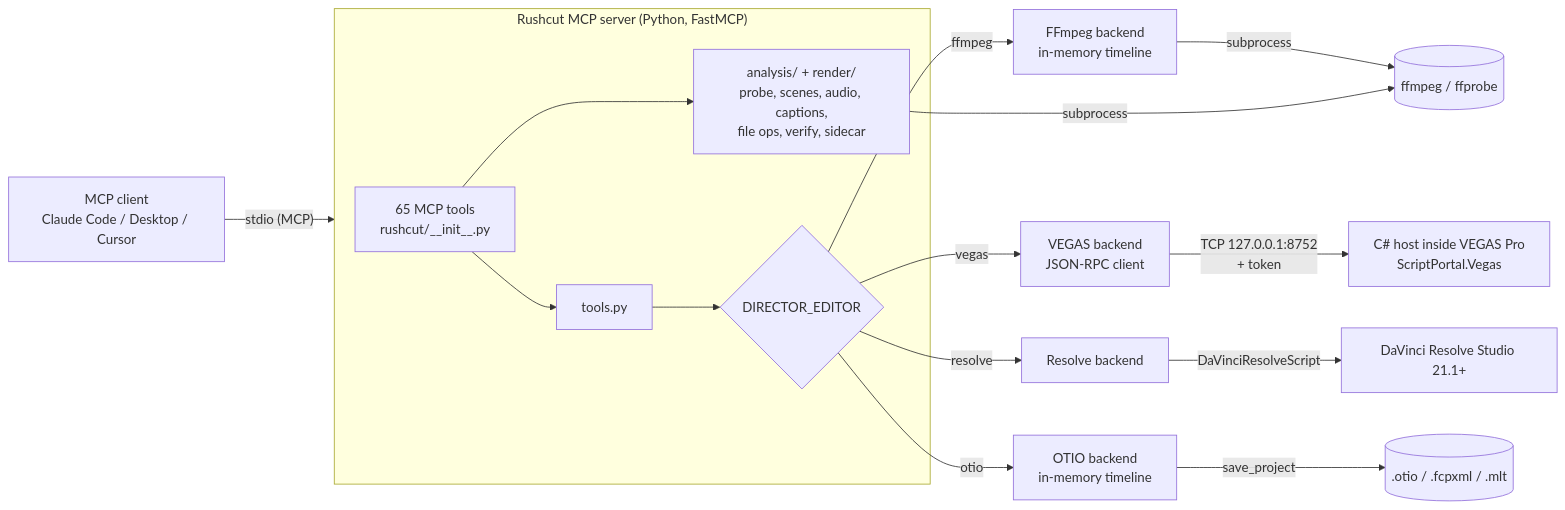
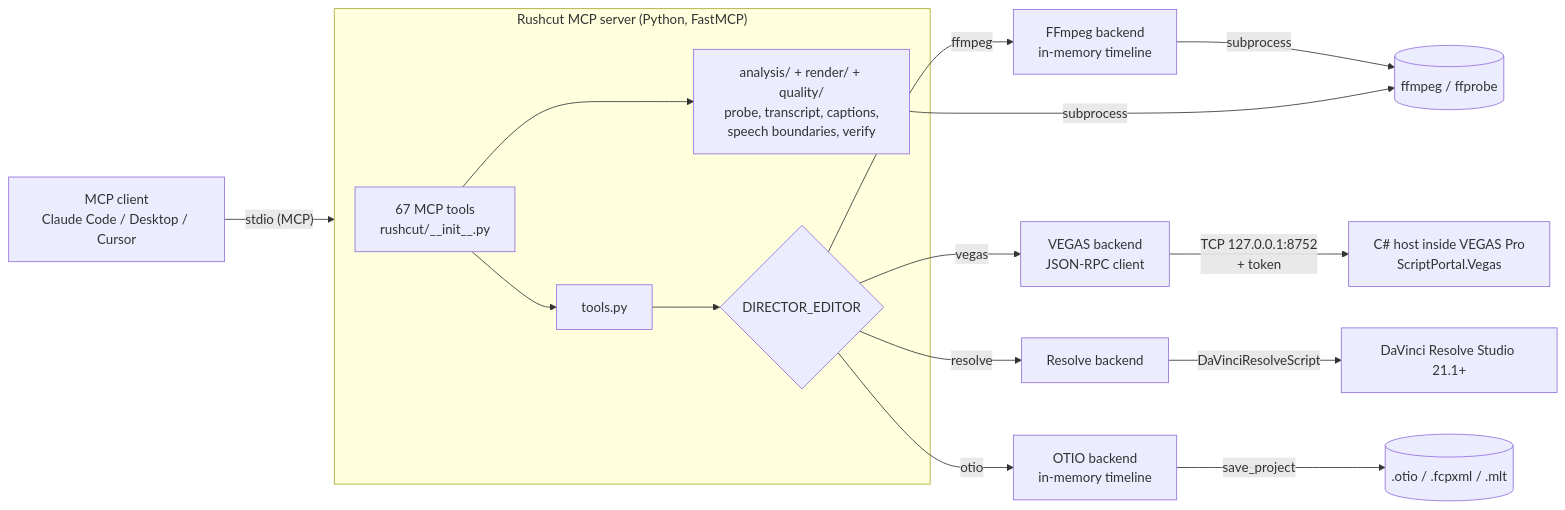
One commit to RFingAdam/rushcut changed the diagram in README.md. Above: the diagram before and after it, drawn with Mermaid. The commit also changed other lines of this file and 24 other files, not shown here.

````diff
--- a/README.md
+++ b/README.md
@@ -221,21 +319,21 @@
 ```mermaid
 flowchart LR
     client["MCP client<br/>Claude Code / Desktop / Cursor"] -- "stdio (MCP)" --> server
 
     subgraph server["Rushcut MCP server (Python, FastMCP)"]
-        tools["65 MCP tools<br/>rushcut/__init__.py"] --> facade["tools.py"]
+        tools["67 MCP tools<br/>rushcut/__init__.py"] --> facade["tools.py"]
         facade --> select{"DIRECTOR_EDITOR"}
-        tools --> analysis["analysis/ + render/<br/>probe, scenes, audio, captions,<br/>file ops, verify, sidecar"]
+        tools --> analysis["analysis/ + render/ + quality/<br/>probe, transcript, captions,<br/>speech boundaries, verify"]
     end
 
     select -- ffmpeg --> ff["FFmpeg backend<br/>in-memory timeline"]
     select -- vegas --> vg["VEGAS backend<br/>JSON-RPC client"]
     select -- resolve --> rs["Resolve backend"]
     select -- otio --> ot["OTIO backend<br/>in-memory timeline"]
 
     ff -- "subprocess" --> ffmpeg[("ffmpeg / ffprobe")]
     analysis -- "subprocess" --> ffmpeg
     vg -- "TCP 127.0.0.1:8752<br/>+ token" --> host["C# host inside VEGAS Pro<br/>ScriptPortal.Vegas"]
     rs -- "DaVinciResolveScript" --> resolve["DaVinci Resolve Studio 21.1+"]
     ot -- "save_project" --> files[(".otio / .fcpxml / .mlt")]
 ```
````
